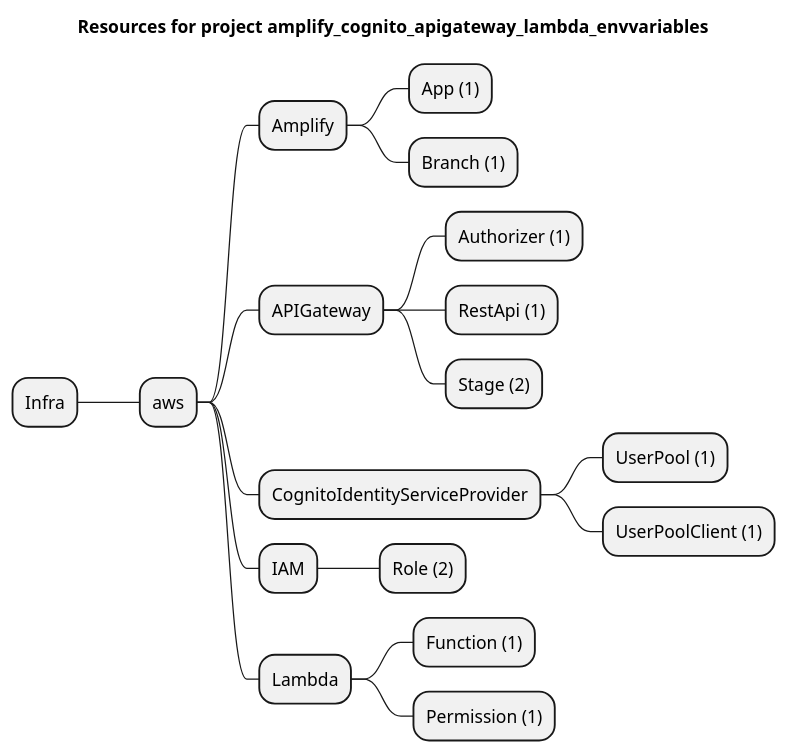
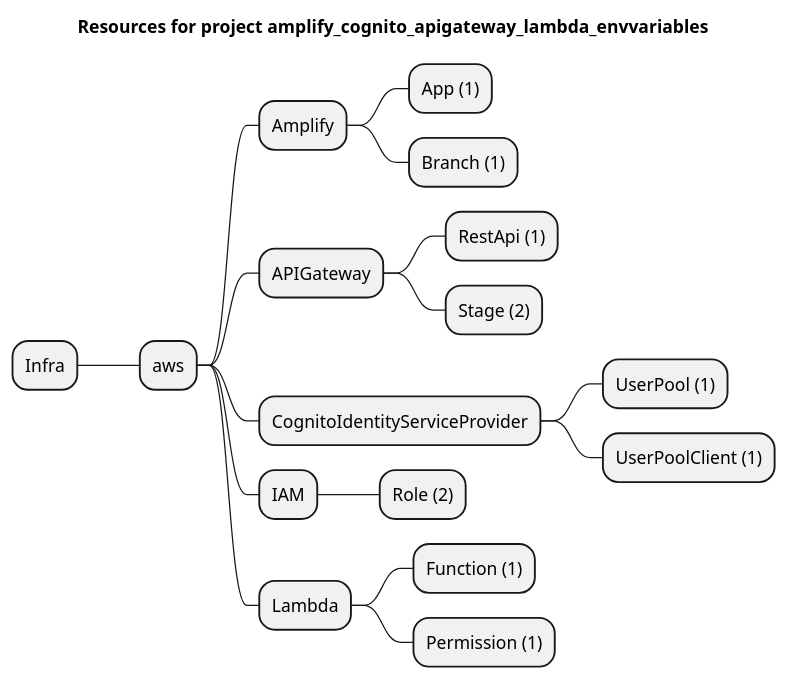
One commit to grucloud/grucloud changed the diagram in examples/aws/Amplify/amplify_cognito_apigateway_lambda_envvariables/artifacts/resources-mindmap.puml. Above: the diagram before and after it, drawn with PlantUML. The commit also changed 36 other files, not shown here.

```diff
--- a/examples/aws/Amplify/amplify_cognito_apigateway_lambda_envvariables/artifacts/resources-mindmap.puml
+++ b/examples/aws/Amplify/amplify_cognito_apigateway_lambda_envvariables/artifacts/resources-mindmap.puml
@@ -1,21 +1,20 @@
 @startmindmap
 title Resources for project amplify_cognito_apigateway_lambda_envvariables
 skinparam monochrome true
 + Infra
 ++ aws
 +++ Amplify
 ++++ App (1)
 ++++ Branch (1)
 +++ APIGateway
-++++ Authorizer (1)
 ++++ RestApi (1)
 ++++ Stage (2)
 +++ CognitoIdentityServiceProvider
 ++++ UserPool (1)
 ++++ UserPoolClient (1)
 +++ IAM
 ++++ Role (2)
 +++ Lambda
 ++++ Function (1)
 ++++ Permission (1)
 @endmindmap
```
